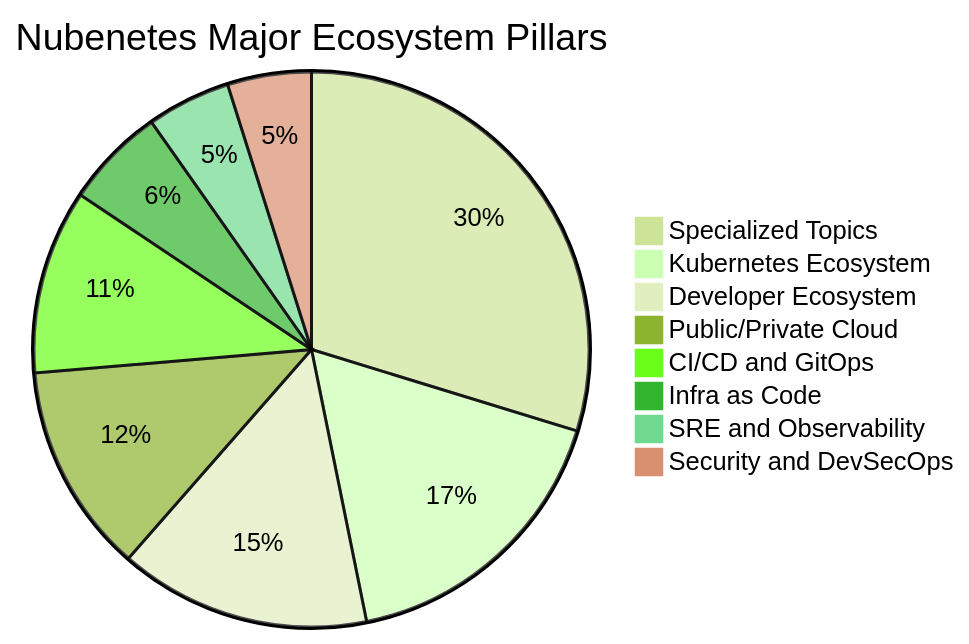
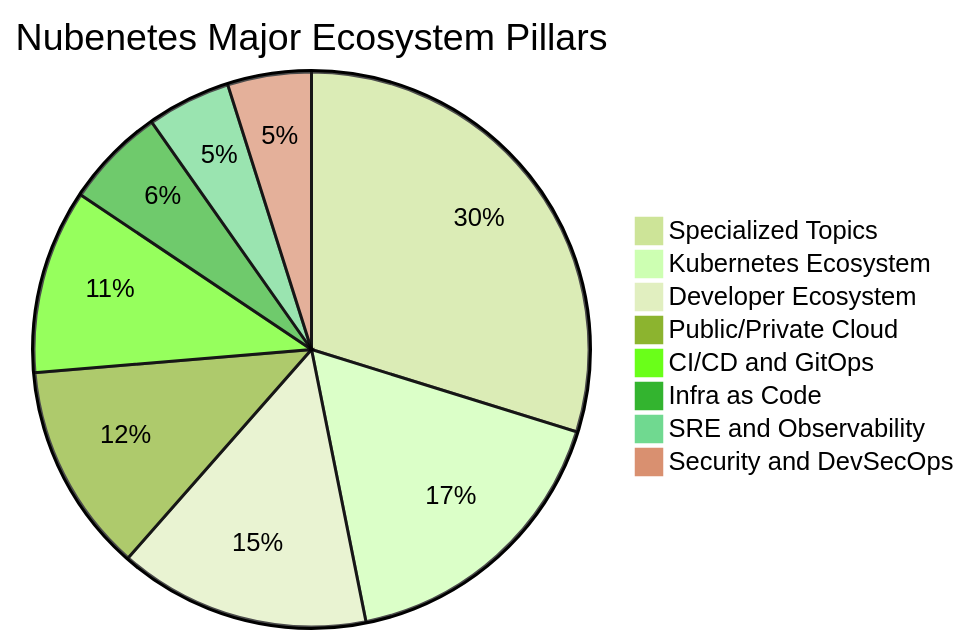
Before and after one commit to nubenetes/awesome-kubernetes: the second of 14 diagrams in README.md, drawn with Mermaid (forest theme). The commit also changed other lines of this file and 4 other files, not shown here.

````diff
--- a/README.md
+++ b/README.md
@@ -308,11 +308,11 @@
 ```mermaid
 pie title Nubenetes Major Ecosystem Pillars
-    "Specialized Topics" : 6095
+    "Specialized Topics" : 6110
     "Kubernetes Ecosystem" : 3500
     "Developer Ecosystem" : 3000
     "Public/Private Cloud" : 2500
     "CI/CD and GitOps" : 2200
     "Infra as Code" : 1200
     "SRE and Observability" : 1000
     "Security and DevSecOps" : 1000
 ```
````
